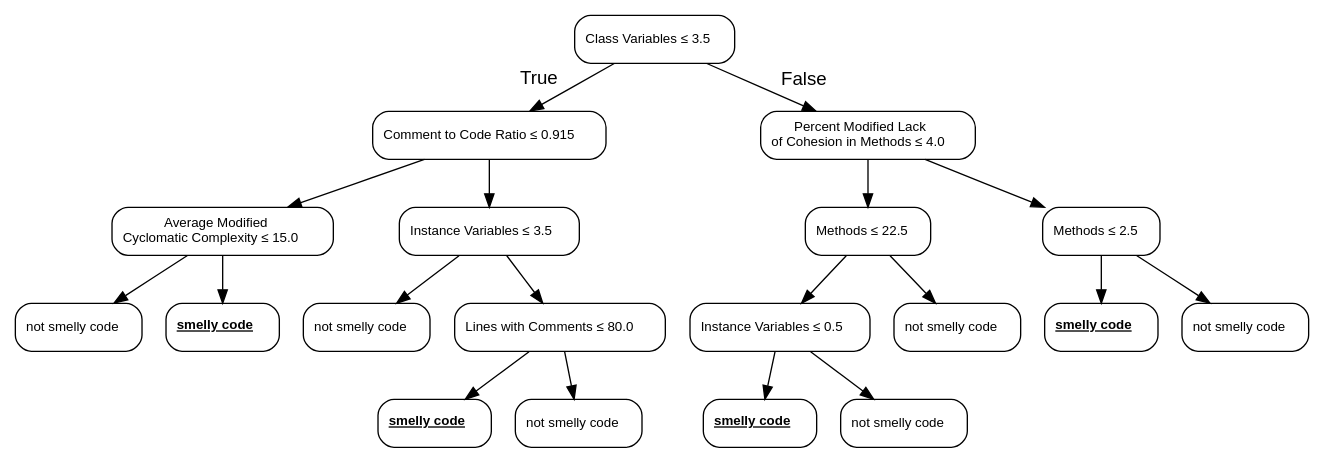
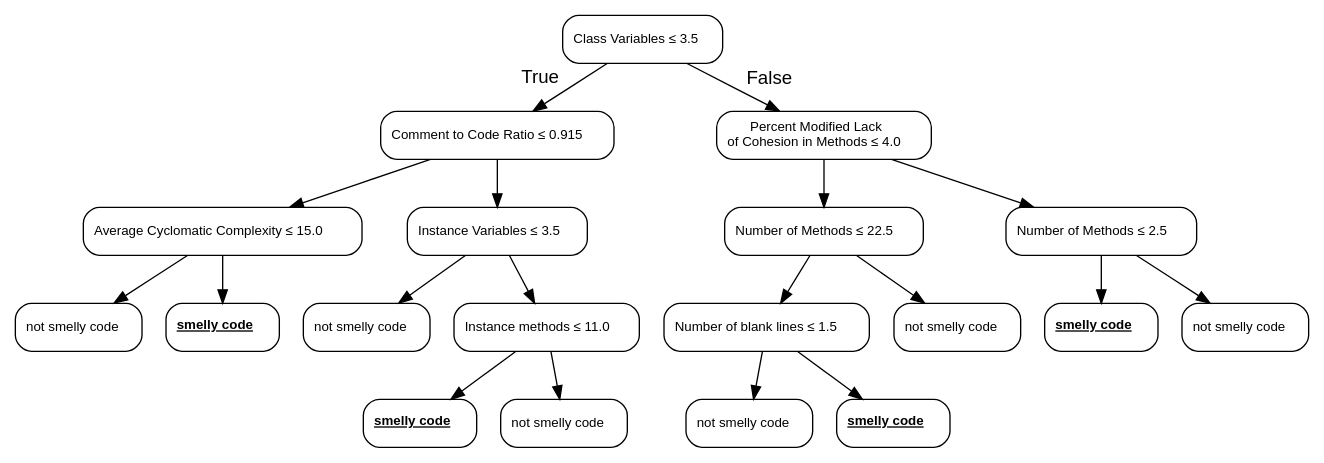
One commit to christianorossini/masterProject changed the diagram in artefatos/models/dt/cdsbp/dot/10_gini.dot. Above: the diagram before and after it, drawn with Graphviz. The commit also changed 74 other files, not shown here.

```diff
--- a/artefatos/models/dt/cdsbp/dot/10_gini.dot
+++ b/artefatos/models/dt/cdsbp/dot/10_gini.dot
@@ -1,41 +1,41 @@
 digraph Tree {
 node [color="black", fontname=helvetica, shape=box, style="rounded", width=0.5, fontsize=10];
 edge [fontname=helvetica];
 0 [label=<Class Variables &le; 3.5>];
 1 [label=<Comment to Code Ratio &le; 0.915>];
 0 -> 1  [headlabel="True", labelangle=45, labeldistance="2.5"];
-5 [label=<Average Modified <br/>Cyclomatic Complexity &le; 15.0>];
+5 [label=<Average Cyclomatic Complexity &le; 15.0>];
 1 -> 5;
 13 [label=<not smelly code>];
 5 -> 13;
 14 [label=<<u><b>smelly code</b></u>>];
 5 -> 14;
 6 [label=<Instance Variables &le; 3.5>];
 1 -> 6;
 7 [label=<not smelly code>];
 6 -> 7;
-8 [label=<Lines with Comments &le; 80.0>];
+8 [label=<Instance methods &le; 11.0>];
 6 -> 8;
 11 [label=<<u><b>smelly code</b></u>>];
 8 -> 11;
 12 [label=<not smelly code>];
 8 -> 12;
 2 [label=<Percent Modified Lack <br/>of Cohesion in Methods &le; 4.0>];
 0 -> 2  [headlabel="False", labelangle="-45", labeldistance="2.5"];
-3 [label=<Methods &le; 22.5>];
+3 [label=<Number of Methods &le; 22.5>];
 2 -> 3;
-15 [label=<Instance Variables &le; 0.5>];
+15 [label=<Number of blank lines &le; 1.5>];
 3 -> 15;
-17 [label=<<u><b>smelly code</b></u>>];
+17 [label=<not smelly code>];
 15 -> 17;
-18 [label=<not smelly code>];
+18 [label=<<u><b>smelly code</b></u>>];
 15 -> 18;
 16 [label=<not smelly code>];
 3 -> 16;
-4 [label=<Methods &le; 2.5>];
+4 [label=<Number of Methods &le; 2.5>];
 2 -> 4;
 9 [label=<<u><b>smelly code</b></u>>];
 4 -> 9;
 10 [label=<not smelly code>];
 4 -> 10;
 }
```
